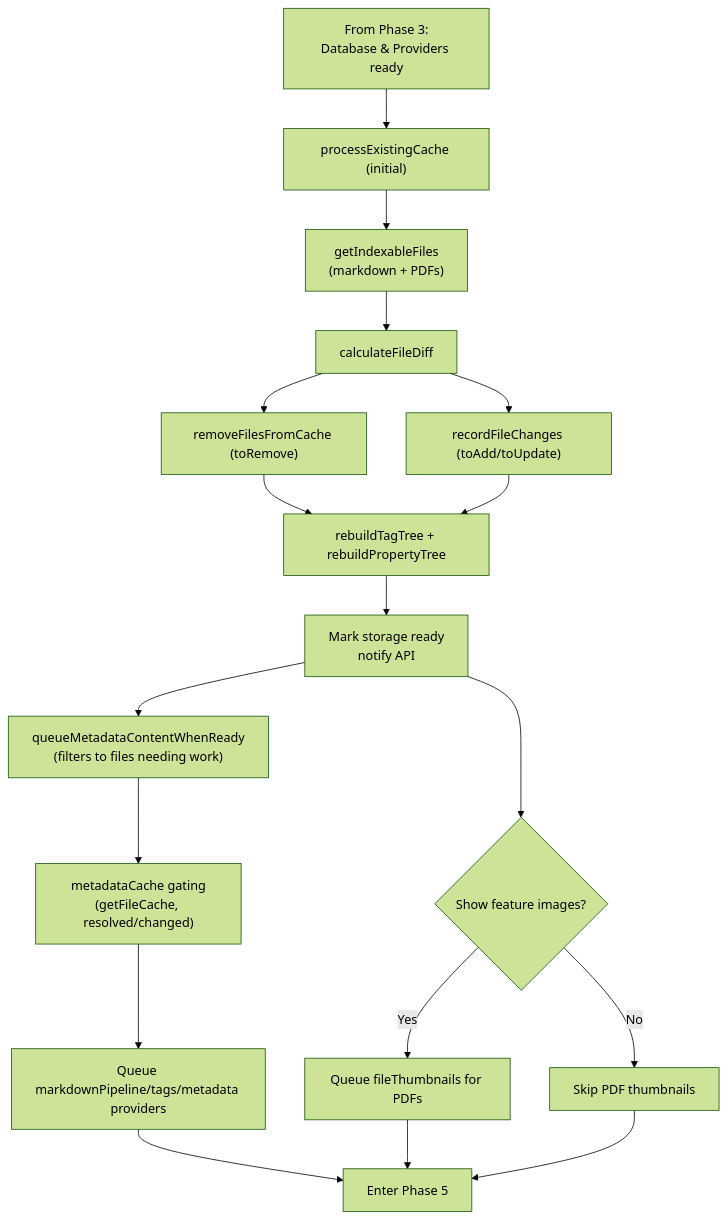
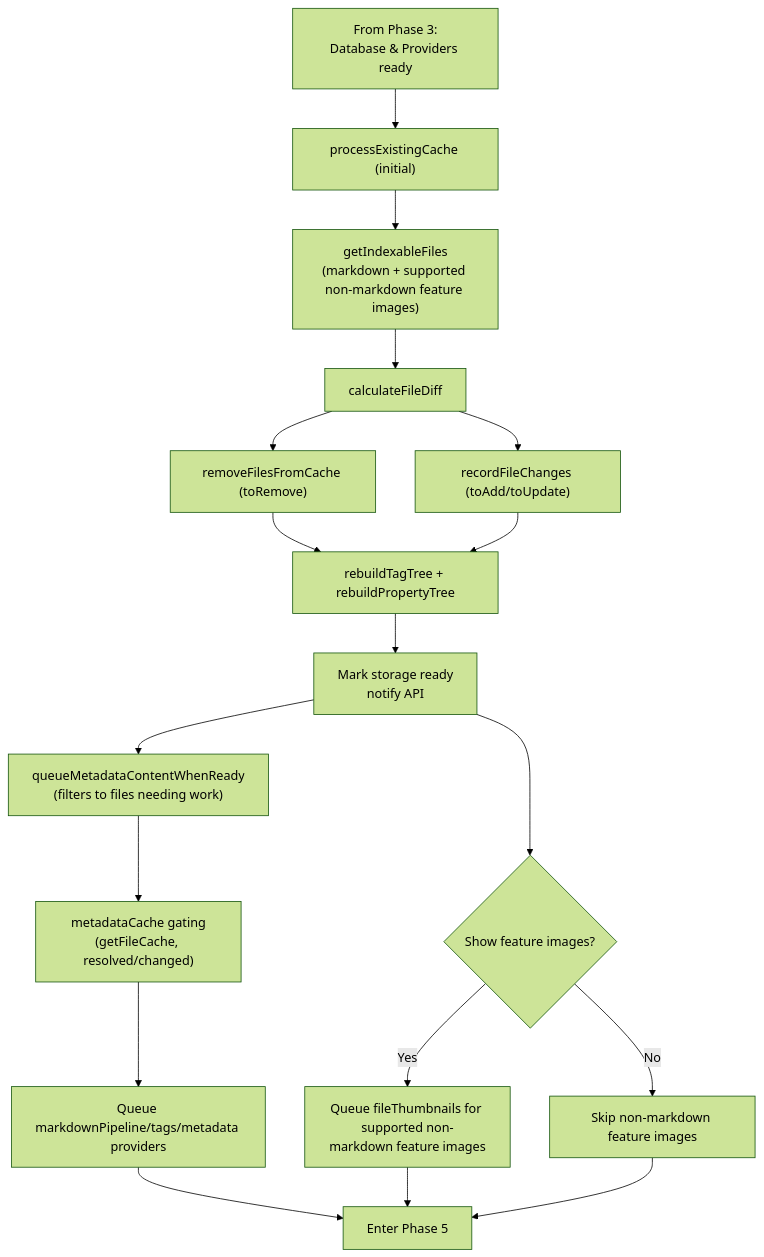
The diagram in docs/startup-process.md (jpmoo/notebook-navigator), drawn with Mermaid (forest theme) before and after one commit. The commit also changed other lines of this file and 59 other files, not shown here.

````diff
--- a/docs/startup-process.md
+++ b/docs/startup-process.md
@@ -282,27 +282,27 @@
 ```mermaid
 graph TD
     Start["From Phase 3:<br/>Database & Providers ready"] --> A["processExistingCache (initial)"]
 
-    A --> B["getIndexableFiles<br/>(markdown + PDFs)"]
+    A --> B["getIndexableFiles<br/>(markdown + supported non-markdown feature images)"]
     B --> C[calculateFileDiff]
 
     C --> D["removeFilesFromCache (toRemove)"]
     C --> E["recordFileChanges (toAdd/toUpdate)"]
 
     D --> F[rebuildTagTree + rebuildPropertyTree]
     E --> F
 
     F --> G[Mark storage ready<br/>notify API]
 
     G --> H["queueMetadataContentWhenReady<br/>(filters to files needing work)"]
     H --> I["metadataCache gating<br/>(getFileCache, resolved/changed)"]
     I --> J["Queue markdownPipeline/tags/metadata providers"]
 
     G --> K{Show feature images?}
-    K -->|Yes| L[Queue fileThumbnails for PDFs]
-    K -->|No| M[Skip PDF thumbnails]
+    K -->|Yes| L[Queue fileThumbnails for supported non-markdown feature images]
+    K -->|No| M[Skip non-markdown feature images]
 
     J --> N[Enter Phase 5]
     L --> N
     M --> N
 ```
````
